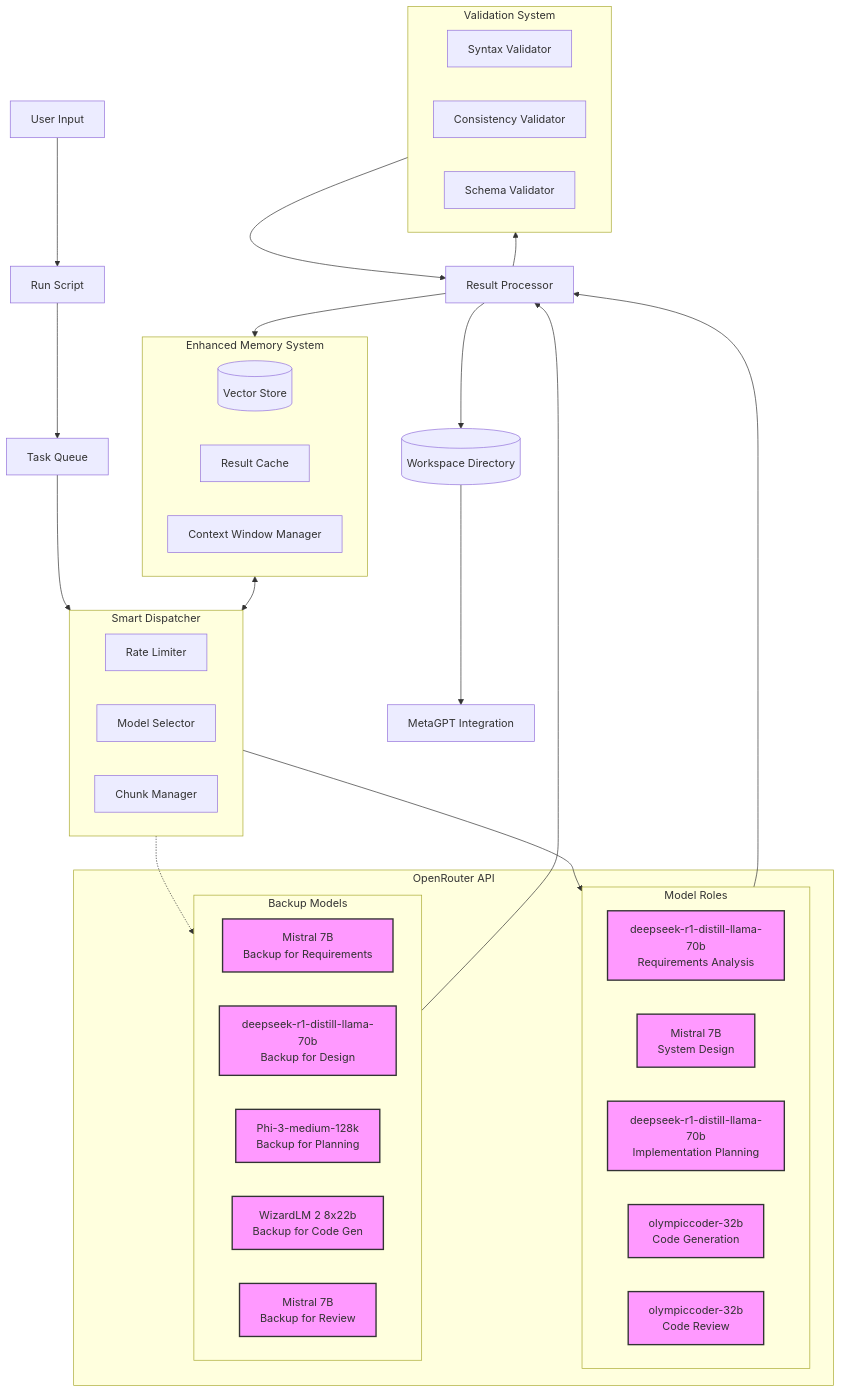
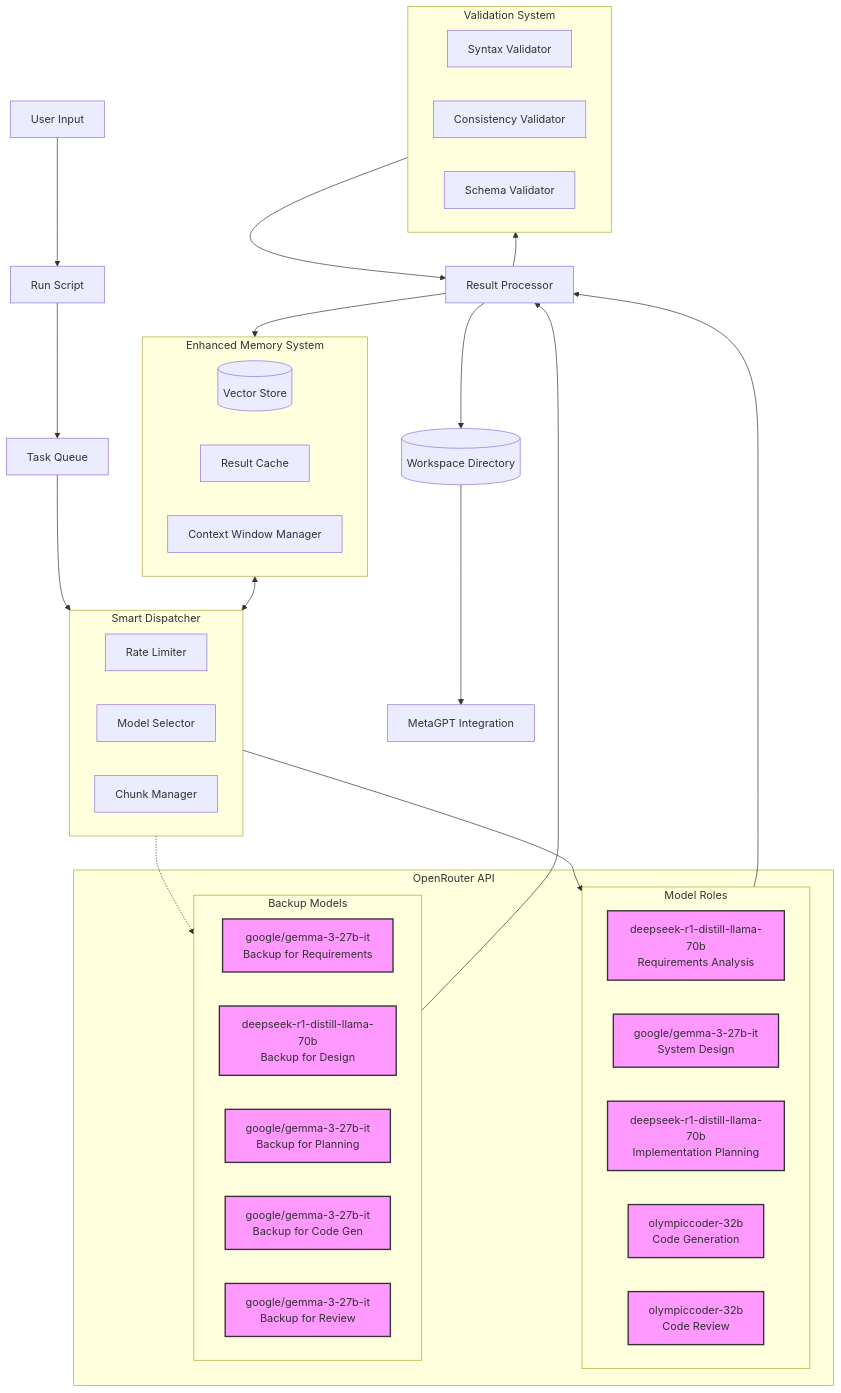
Before and after one commit to longvv/Free-Models-MetaGPT: the diagram in architecture-diagram.mermaid, drawn with Mermaid. The commit also changed 4 other files, not shown here.

```diff
--- a/architecture-diagram.mermaid
+++ b/architecture-diagram.mermaid
@@ -1,59 +1,59 @@
 flowchart TB
     User[User Input] --> Runner[Run Script]
     
     Runner --> TaskQueue[Task Queue]
     
     subgraph Dispatcher[Smart Dispatcher]
         RateLimiter[Rate Limiter]
         ModelSelector[Model Selector]
         ChunkManager[Chunk Manager]
     end
     
     TaskQueue --> Dispatcher
     
     subgraph OpenRouter[OpenRouter API]
         subgraph ModelRoles[Model Roles]
             LLM1[deepseek-r1-distill-llama-70b\nRequirements Analysis]
-            LLM2[Mistral 7B\nSystem Design]
+            LLM2[google/gemma-3-27b-it\nSystem Design]
             LLM3[deepseek-r1-distill-llama-70b\nImplementation Planning]
             LLM4[olympiccoder-32b\nCode Generation]
             LLM5[olympiccoder-32b\nCode Review]
         end
         
         subgraph BackupModels[Backup Models]
-            BLLM1[Mistral 7B\nBackup for Requirements]
+            BLLM1[google/gemma-3-27b-it\nBackup for Requirements]
             BLLM2[deepseek-r1-distill-llama-70b\nBackup for Design]
-            BLLM3[Phi-3-medium-128k\nBackup for Planning]
-            BLLM4[WizardLM 2 8x22b\nBackup for Code Gen]
-            BLLM5[Mistral 7B\nBackup for Review]
+            BLLM3[google/gemma-3-27b-it\nBackup for Planning]
+            BLLM4[google/gemma-3-27b-it\nBackup for Code Gen]
+            BLLM5[google/gemma-3-27b-it\nBackup for Review]
         end
     end
     
     Dispatcher --> ModelRoles
     Dispatcher -.-> BackupModels
     
     subgraph ContextManager[Enhanced Memory System]
         VectorDB[(Vector Store)]
         ResultCache[Result Cache]
         WindowManager[Context Window Manager]
     end
     
     subgraph Validators[Validation System]
         SyntaxCheck[Syntax Validator]
         ConsistencyCheck[Consistency Validator]
         SchemaCheck[Schema Validator]
     end
     
     ContextManager <--> Dispatcher
     ModelRoles --> ResultProcessor[Result Processor]
     BackupModels --> ResultProcessor
     ResultProcessor --> Validators
     Validators --> ResultProcessor
     ResultProcessor --> ContextManager
     
     ResultProcessor --> Workspace[(Workspace Directory)]
     
     Workspace --> MetaGPT[MetaGPT Integration]
     
     class LLM1,LLM2,LLM3,LLM4,LLM5,BLLM1,BLLM2,BLLM3,BLLM4,BLLM5 freeModel;
     classDef freeModel fill:#f9f,stroke:#333,stroke-width:2px;
```
